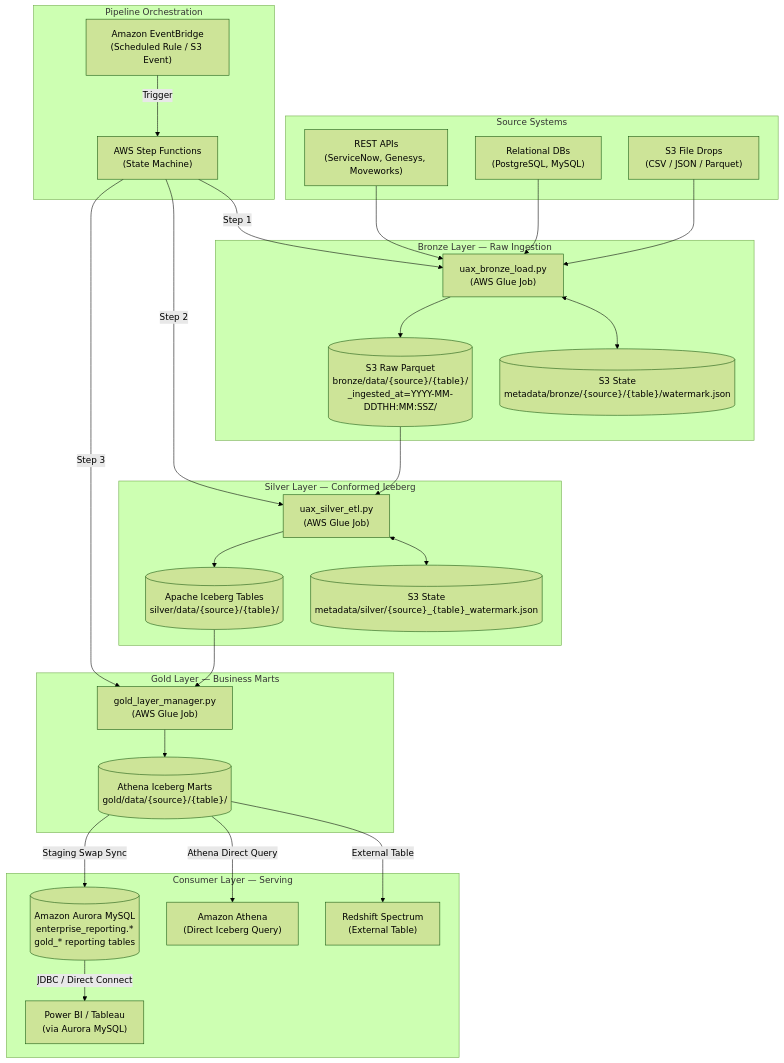
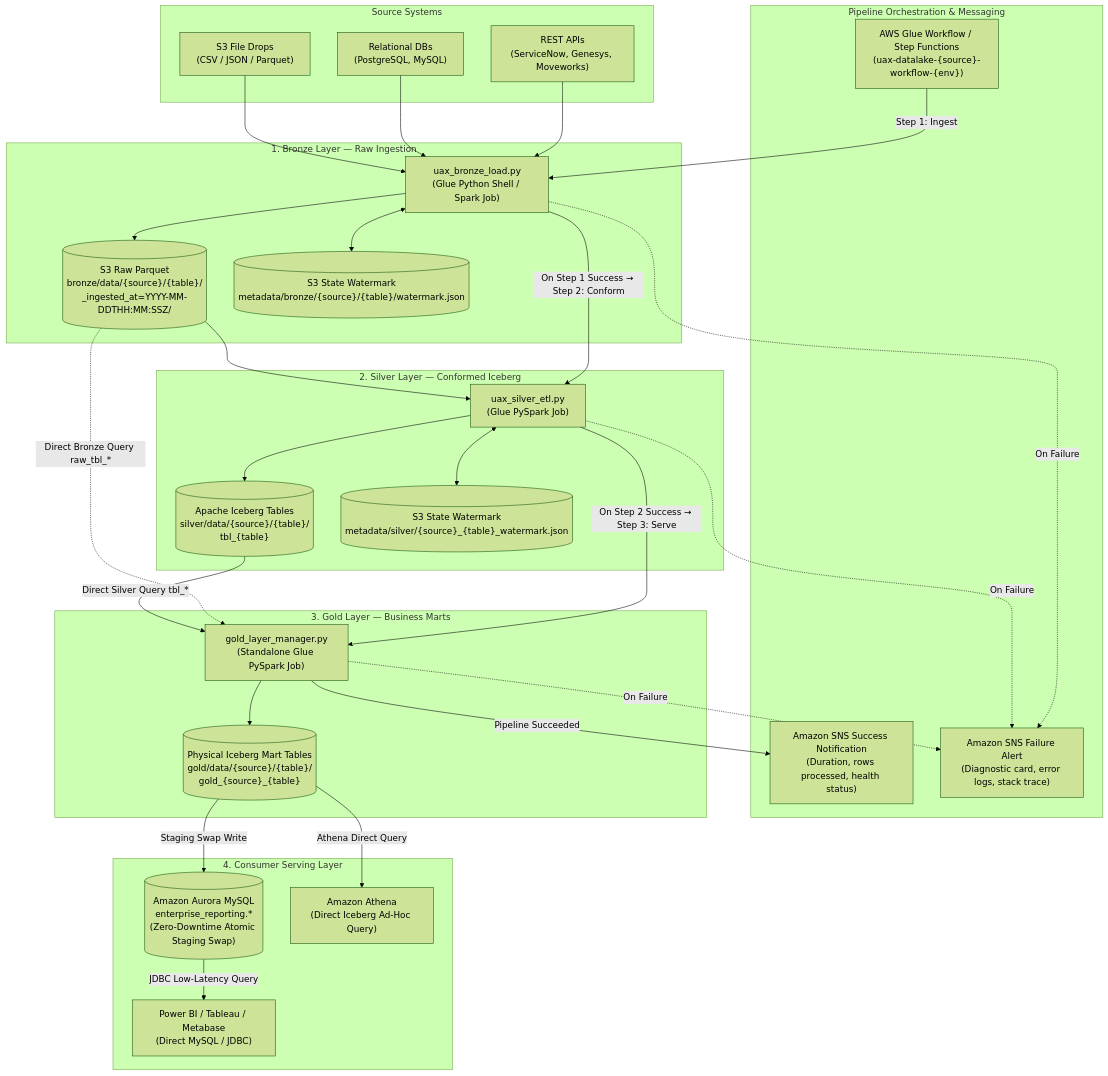
Before and after one commit to Nilkamal-m/Data-pipeline: the first of 2 diagrams in docs/ARCHITECTURE.md, drawn with Mermaid (forest theme). The commit also changed other lines of this file and 7 other files, not shown here.

Commit message:
docs: synchronize documentation suite for AWS Glue Workflow sequential 3-job orchestration and SNS alerting

````diff
--- a/docs/ARCHITECTURE.md
+++ b/docs/ARCHITECTURE.md
@@ -15,61 +16,69 @@
 ```mermaid
 flowchart TD
-    subgraph Orchestration["Pipeline Orchestration"]
-        EB["Amazon EventBridge\n(Scheduled Rule / S3 Event)"]
-        SF["AWS Step Functions\n(State Machine)"]
-        EB -->|Trigger| SF
+    subgraph Orchestration["Pipeline Orchestration & Messaging"]
+        GWF["AWS Glue Workflow / Step Functions\n(uax-datalake-{source}-workflow-{env})"]
+        SNS_SUCCESS["Amazon SNS Success Notification\n(Duration, rows processed, health status)"]
+        SNS_FAIL["Amazon SNS Failure Alert\n(Diagnostic card, error logs, stack trace)"]
     end
 
     subgraph Sources["Source Systems"]
         REST["REST APIs\n(ServiceNow, Genesys, Moveworks)"]
         DB["Relational DBs\n(PostgreSQL, MySQL)"]
         S3SRC["S3 File Drops\n(CSV / JSON / Parquet)"]
     end
 
-    subgraph Bronze["Bronze Layer — Raw Ingestion"]
-        BJ["uax_bronze_load.py\n(AWS Glue Job)"]
+    subgraph Bronze["1. Bronze Layer — Raw Ingestion"]
+        BJ["uax_bronze_load.py\n(Glue Python Shell / Spark Job)"]
         BS3[("S3 Raw Parquet\nbronze/data/{source}/{table}/\n_ingested_at=YYYY-MM-DDTHH:MM:SSZ/")]
-        BWMK[("S3 State\nmetadata/bronze/{source}/{table}/watermark.json")]
+        BWMK[("S3 State Watermark\nmetadata/bronze/{source}/{table}/watermark.json")]
     end
 
-    subgraph Silver["Silver Layer — Conformed Iceberg"]
-        SJ["uax_silver_etl.py\n(AWS Glue Job)"]
-        SICEBERG[("Apache Iceberg Tables\nsilver/data/{source}/{table}/")]
-        SWMK[("S3 State\nmetadata/silver/{source}_{table}_watermark.json")]
+    subgraph Silver["2. Silver Layer — Conformed Iceberg"]
+        SJ["uax_silver_etl.py\n(Glue PySpark Job)"]
+        SICEBERG[("Apache Iceberg Tables\nsilver/data/{source}/{table}/\ntbl_{table}")]
+        SWMK[("S3 State Watermark\nmetadata/silver/{source}_{table}_watermark.json")]
     end
 
-    subgraph Gold["Gold Layer — Business Marts"]
-        GJ["gold_layer_manager.py\n(AWS Glue Job)"]
-        GICEBERG[("Athena Iceberg Marts\ngold/data/{source}/{table}/")]
+    subgraph Gold["3. Gold Layer — Business Marts"]
+        GJ["gold_layer_manager.py\n(Standalone Glue PySpark Job)"]
+        GICEBERG[("Physical Iceberg Mart Tables\ngold/data/{source}/{table}/\ngold_{source}_{table}")]
     end
 
-    subgraph Consumer["Consumer Layer — Serving"]
-        AURORA[("Amazon Aurora MySQL\nenterprise_reporting.*\ngold_* reporting tables")]
-        ATHENA["Amazon Athena\n(Direct Iceberg Query)"]
-        BI["Power BI / Tableau\n(via Aurora MySQL)"]
-        RS["Redshift Spectrum\n(External Table)"]
+    subgraph Consumer["4. Consumer Serving Layer"]
+        AURORA[("Amazon Aurora MySQL\nenterprise_reporting.*\n(Zero-Downtime Atomic Staging Swap)")]
+        ATHENA["Amazon Athena\n(Direct Iceberg Ad-Hoc Query)"]
+        BI["Power BI / Tableau / Metabase\n(Direct MySQL / JDBC)"]
     end
 
-    SF -->|Step 1| BJ
-    SF -->|Step 2| SJ
-    SF -->|Step 3| GJ
+    %% Workflow Sequential Triggers
+    GWF -->|Step 1: Ingest| BJ
+    BJ -->|On Step 1 Success → Step 2: Conform| SJ
+    SJ -->|On Step 2 Success → Step 3: Serve| GJ
+    GJ -->|Pipeline Succeeded| SNS_SUCCESS
 
+    %% Failure Alerts
+    BJ -.->|On Failure| SNS_FAIL
+    SJ -.->|On Failure| SNS_FAIL
+    GJ -.->|On Failure| SNS_FAIL
+
+    %% Data Flow
     REST --> BJ
     DB --> BJ
     S3SRC --> BJ
 
     BJ --> BS3
     BJ <--> BWMK
 
     BS3 --> SJ
     SJ --> SICEBERG
     SJ <--> SWMK
 
-    SICEBERG --> GJ
+    %% Cross-layer SQL query capabilities in Gold
+    BS3 -.->|Direct Bronze Query raw_tbl_*| GJ
+    SICEBERG -->|Direct Silver Query tbl_*| GJ
     GJ --> GICEBERG
 
     GICEBERG -->|Athena Direct Query| ATHENA
-    GICEBERG -->|Staging Swap Sync| AURORA
-    GICEBERG -->|External Table| RS
-    AURORA -->|JDBC / Direct Connect| BI
+    GICEBERG -->|Staging Swap Write| AURORA
+    AURORA -->|JDBC Low-Latency Query| BI
 ```
````
